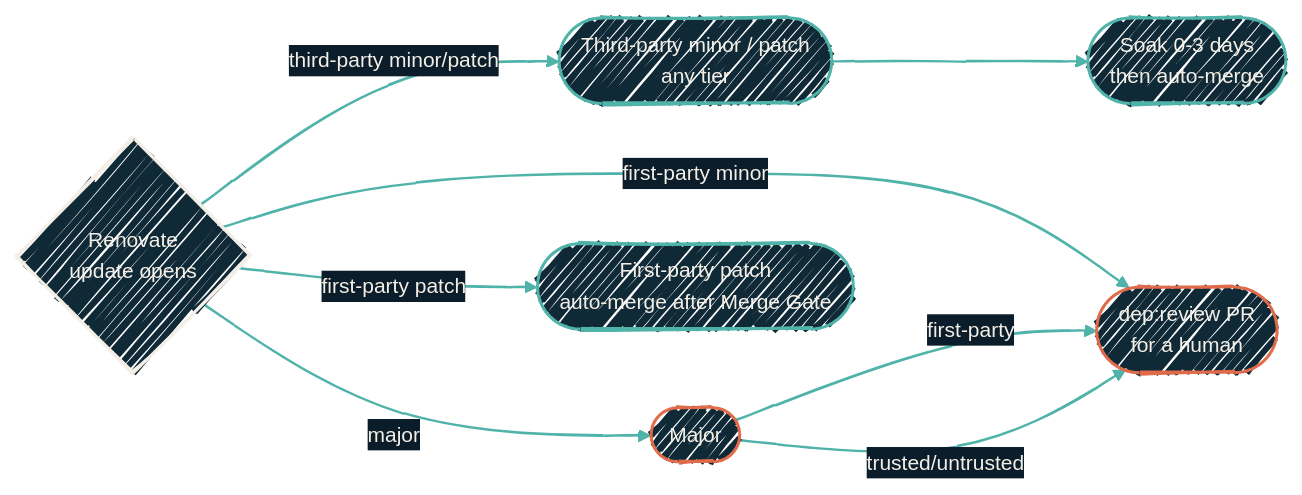
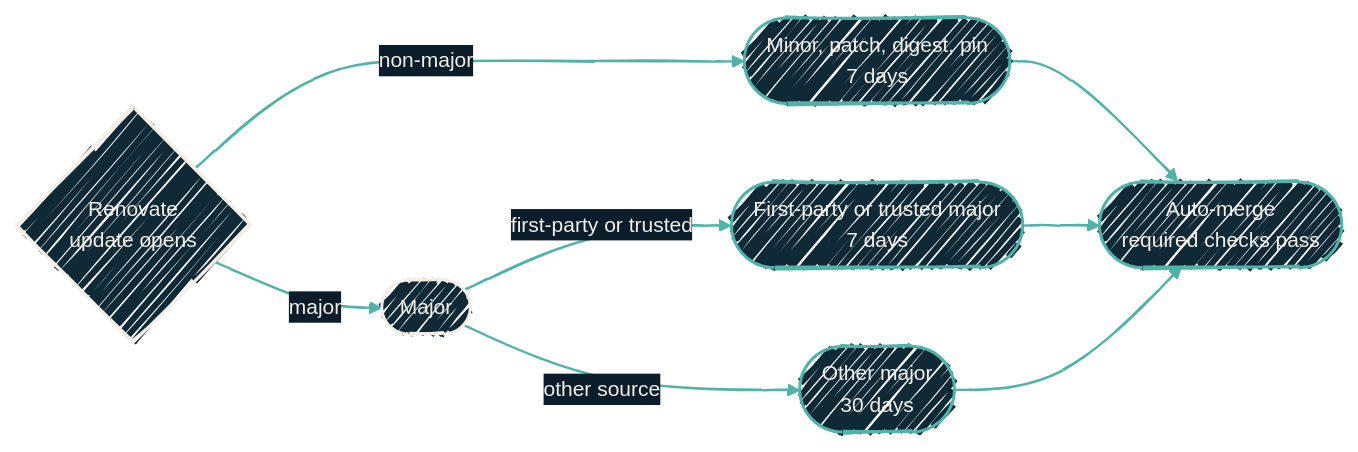
One commit to dryvist/docs changed the diagram in infrastructure/cicd/dependency-automation.mdx. Above: the diagram before and after it, drawn with Mermaid. The commit also changed other lines of this file and 23 other files, not shown here.

````diff
--- a/infrastructure/cicd/dependency-automation.mdx
+++ b/infrastructure/cicd/dependency-automation.mdx
@@ -16,28 +14,24 @@
 ```mermaid
 %%{init:
   {'theme':'base','look':'handDrawn','themeVariables':{'fontFamily':'Geist','fontSize':'14px','primaryColor':'#102937','primaryTextColor':'#F4EFE6','primaryBorderColor':'#4FB3A9','lineColor':'#4FB3A9','secondaryColor':'#0B1D2A','tertiaryColor':'#1A2A38','clusterBkg':'rgba(79,179,169,0.08)','clusterBorder':'#4FB3A9'}}}%%
 flowchart LR
   Update{Renovate<br/>update opens}
-  MinorPatch([Third-party minor / patch<br/>any tier])
+  NonMajor([Minor, patch, digest, pin<br/>7 days])
   Major([Major])
-  Auto([Soak 0-3 days<br/>then auto-merge])
-  FirstParty([First-party patch<br/>auto-merge after Merge Gate])
-  Review([dep:review PR<br/>for a human])
+  TrustedMajor([First-party or trusted major<br/>7 days])
+  OtherMajor([Other major<br/>30 days])
+  Auto([Auto-merge<br/>required checks pass])
 
-  Update -->|third-party minor/patch| MinorPatch --> Auto
-  Update -->|first-party patch| FirstParty
-  Update -->|first-party minor| Review
+  Update -->|non-major| NonMajor --> Auto
   Update -->|major| Major
-  Major -->|first-party| Review
-  Major -->|trusted/untrusted| Review
+  Major -->|first-party or trusted| TrustedMajor --> Auto
+  Major -->|other source| OtherMajor --> Auto
 
   classDef gate fill:#102937,stroke:#F4EFE6,stroke-width:2px,color:#F4EFE6;
   classDef auto fill:#102937,stroke:#4FB3A9,stroke-width:2px,color:#F4EFE6;
-  classDef human fill:#102937,stroke:#E06B4A,stroke-width:2px,color:#F4EFE6;
-
   class Update gate
-  class MinorPatch,Auto,FirstParty auto
-  class Major,Review human
+  class NonMajor,Auto,TrustedMajor,OtherMajor auto
+  class Major gate
 
   linkStyle default stroke:#4FB3A9,stroke-width:1.5px;
 ```
````
